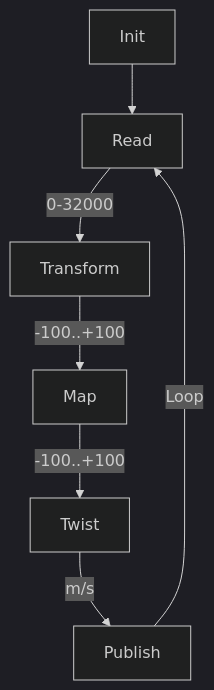
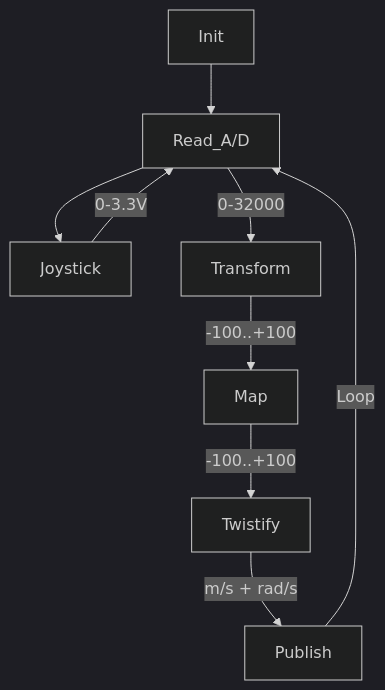
The diagram in README.md (Pet-Series/pet_ros2_joystick_pkg), drawn with Mermaid (dark theme) before and after one commit. The commit also changed other lines of this file, not shown here.

First line of the commit message:
Updated mermaid-graph section in README.md

````diff
--- a/README.md
+++ b/README.md
@@ -18,9 +18,11 @@
 ```mermaid
 flowchart TD
-    Init      --> Read
-    Read      --> |0-32000|Transform
+    Init      --> Read_A/D
+    Joystick  --> |0-3.3V|Read_A/D
+    Read_A/D --> Joystick
+    Read_A/D --> |0-32000|Transform
     Transform --> |-100..+100|Map
-    Map       --> |-100..+100|Twist
-    Twist     --> |m/s|Publish
-    Publish   --> |Loop|Read
+    Map       --> |-100..+100|Twistify
+    Twistify  --> |m/s + rad/s|Publish
+    Publish   --> |Loop|Read_A/D
 ```
````
